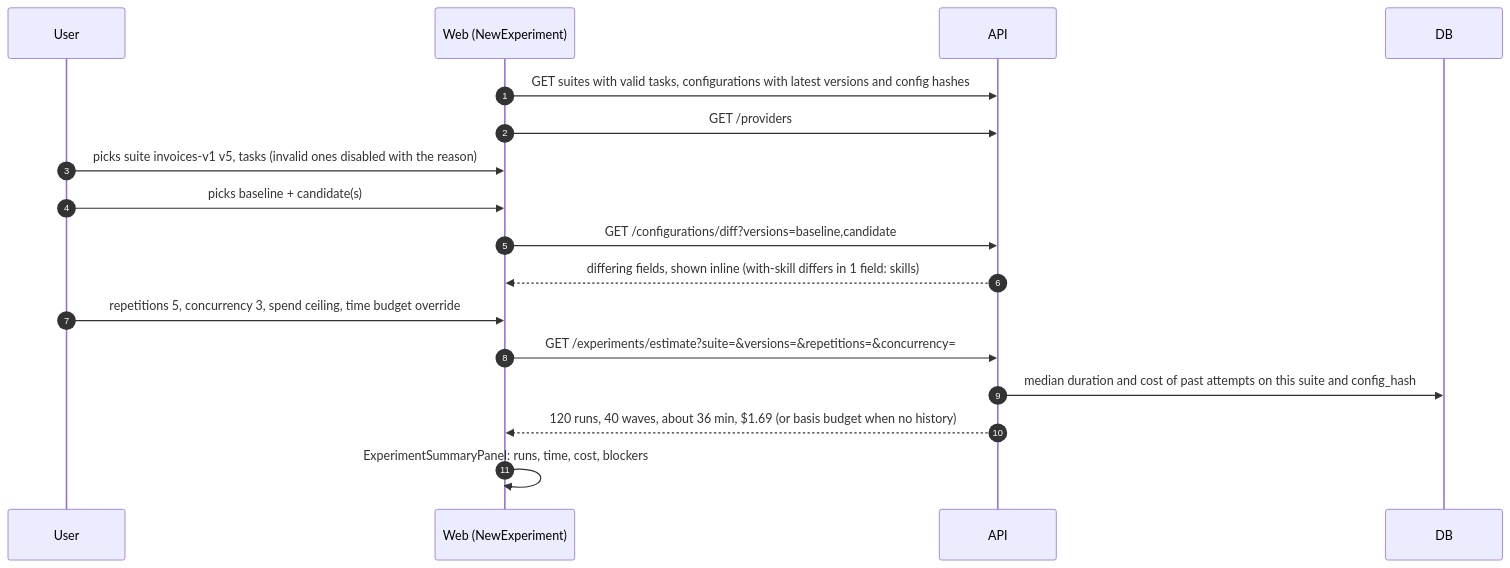
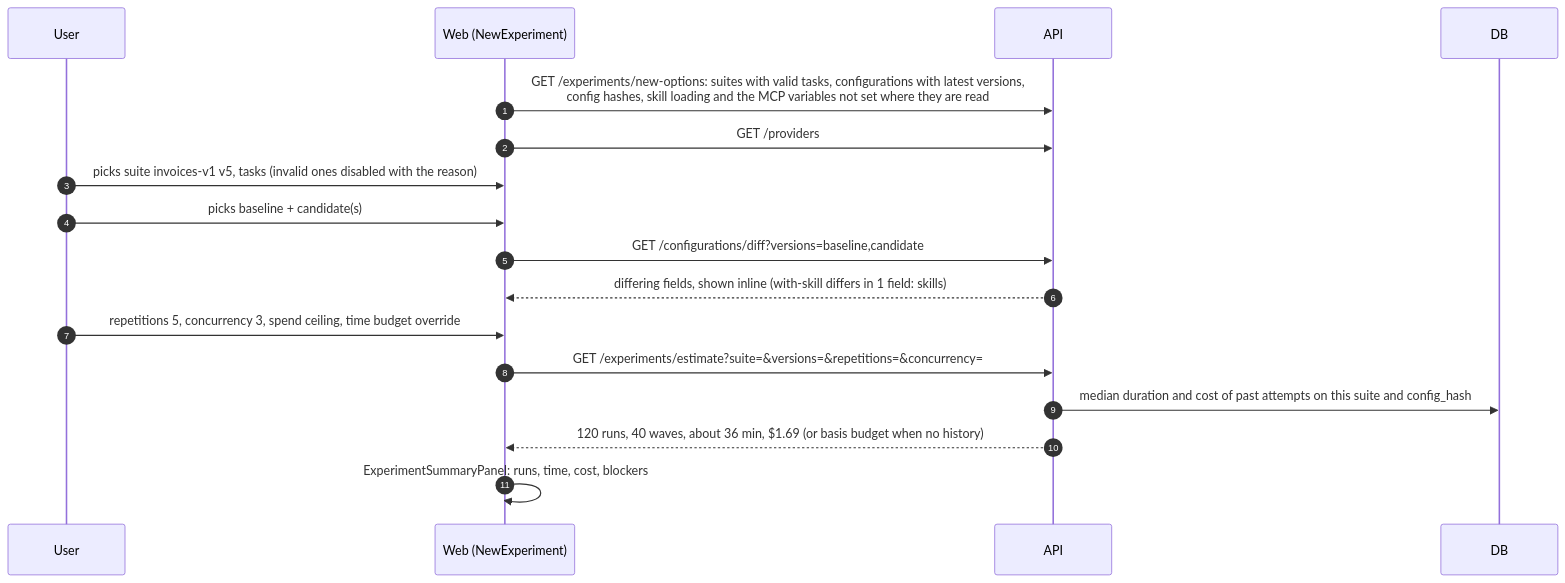
Diagram 22 of 38 in UI_FLOWS.md (sasuke007/hermes-evals), drawn with Mermaid before and after one commit. The commit also changed other lines of this file and 256 other files, not shown here.

````diff
--- a/UI_FLOWS.md
+++ b/UI_FLOWS.md
@@ -819,20 +825,20 @@
 ```mermaid
 sequenceDiagram
   autonumber
   participant U as User
   participant W as Web (NewExperiment)
   participant A as API
   participant DB as DB
 
-  W->>A: GET suites with valid tasks, configurations with latest versions and config hashes
+  W->>A: GET /experiments/new-options: suites with valid tasks, configurations with latest versions,<br/>config hashes, skill loading and the MCP variables not set where they are read
   W->>A: GET /providers
   U->>W: picks suite invoices-v1 v5, tasks (invalid ones disabled with the reason)
   U->>W: picks baseline + candidate(s)
   W->>A: GET /configurations/diff?versions=baseline,candidate
   A-->>W: differing fields, shown inline (with-skill differs in 1 field: skills)
   U->>W: repetitions 5, concurrency 3, spend ceiling, time budget override
   W->>A: GET /experiments/estimate?suite=&versions=&repetitions=&concurrency=
   A->>DB: median duration and cost of past attempts on this suite and config_hash
   A-->>W: 120 runs, 40 waves, about 36 min, $1.69 (or basis budget when no history)
   W->>W: ExperimentSummaryPanel: runs, time, cost, blockers
 ```
````
